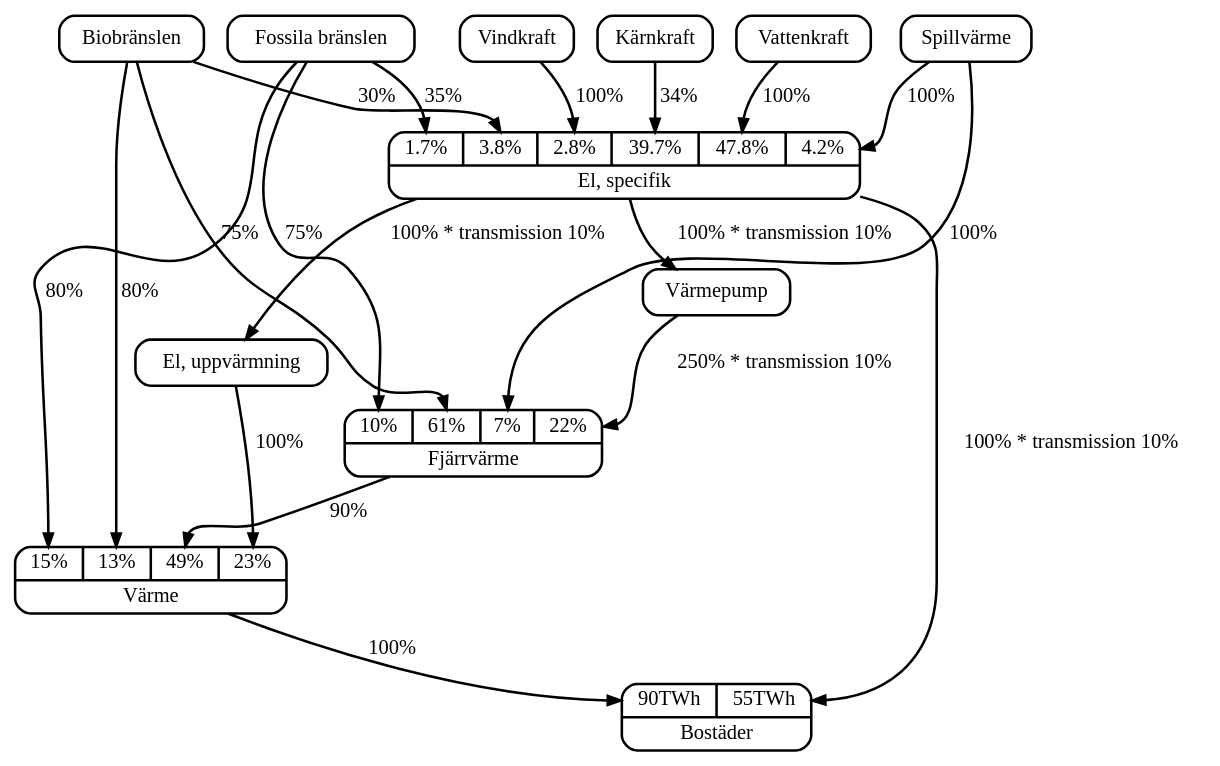
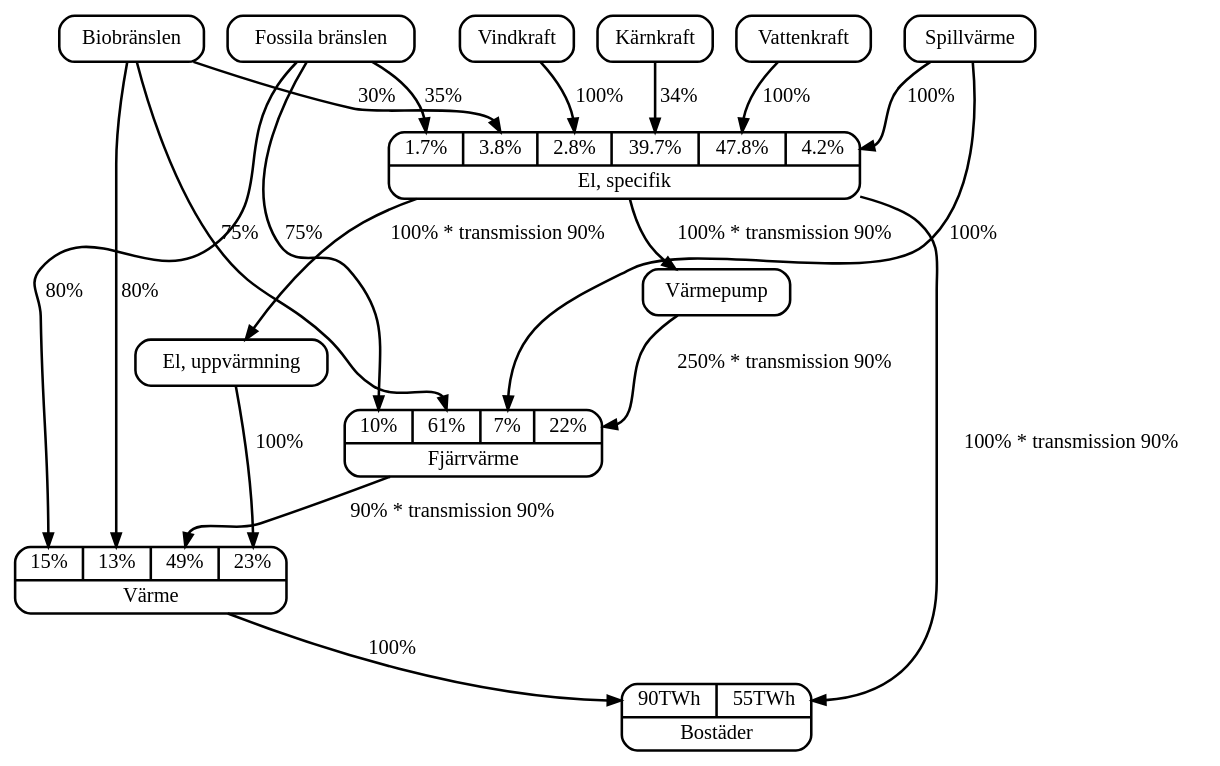
Before and after one commit to Hagmar/ENM155-batman: the diagram in report/residences.dot, drawn with Graphviz. The commit also changed 2 other files, not shown here.

Commit message:
Add transmission loss from district heating

```diff
--- a/report/residences.dot
+++ b/report/residences.dot
@@ -1,52 +1,52 @@
 digraph {
 	edge [fontname="Bitstream Vera Sans",
 		fontsize="16.00",
 		style="bold"]
 
 	node [fontname="Bitstream Vera Sans",
 		fontsize="16.00",
 		shape=Mrecord,
 		style="bold,filled",
 		fillcolor=white];
 	edge [style=bold];
 
 	subgraph residences {
 		fossil [label = "Fossila bränslen"];
 		bio [label = "Biobränslen"];
 		nuclear [label = "Kärnkraft"];
 		water [label = "Vattenkraft"];
 		wind [label = "Vindkraft"];
 		spill [label = "Spillvärme"];
 		pump [label = "Värmepump"];
 
 		district_heating [label = "{{<fossil> 10% | <bio> 61% | <spill> 7% | <pump> 22% } |Fjärrvärme}"];
 		el_spec [label = "{{<fossil> 1.7% | <bio> 3.8% | <wind> 2.8% | <nuclear> 39.7% | <water> 47.8% | <spill> 4.2% } | El, specifik}"];
 		el_heat [label = "El, uppvärmning"];
 		heating [label ="{{<fossil> 15% | <bio> 13% | <district> 49% | <el_heat> 23%} | Värme}"];
 		residences [label = "{{<heating> 90TWh | <el_spec>55TWh} | Bostäder}"];
 
 		fossil -> district_heating:fossil [label = "75%"];
 		bio -> district_heating:bio [label = "75%"];
 		spill -> district_heating:spill [label = "100%"];
-		pump -> district_heating:pump [label = "250% * transmission 10%"];
+		pump -> district_heating:pump [label = "250% * transmission 90%"];
 
 		fossil -> heating:fossil [label = "80%"];
 		bio -> heating:bio [label = "80%"];
-		district_heating -> heating:district [label = "90%"];
+		district_heating -> heating:district [label = "90% * transmission 90%"];
 		el_heat -> heating:el_heat [label = "100%"];
 
 		heating -> residences:heating [label = "100%"];
 
 		fossil -> el_spec:fossil [label = "35%"];
 		bio -> el_spec:bio [label = "30%"];
 		wind -> el_spec:wind [label = "100%"];
 		nuclear -> el_spec:nuclear [label = "34%"];
 		water -> el_spec:water [label = "100%"];
 		spill -> el_spec:spill [label = "100%"];
 
-		el_spec -> el_heat [label = "100% * transmission 10%"];
+		el_spec -> el_heat [label = "100% * transmission 90%"];
 
-		el_spec -> pump [label = "100% * transmission 10%"];
-		el_spec -> residences:el_spec [label = "100% * transmission 10%"];
+		el_spec -> pump [label = "100% * transmission 90%"];
+		el_spec -> residences:el_spec [label = "100% * transmission 90%"];
 	}
 }
```
